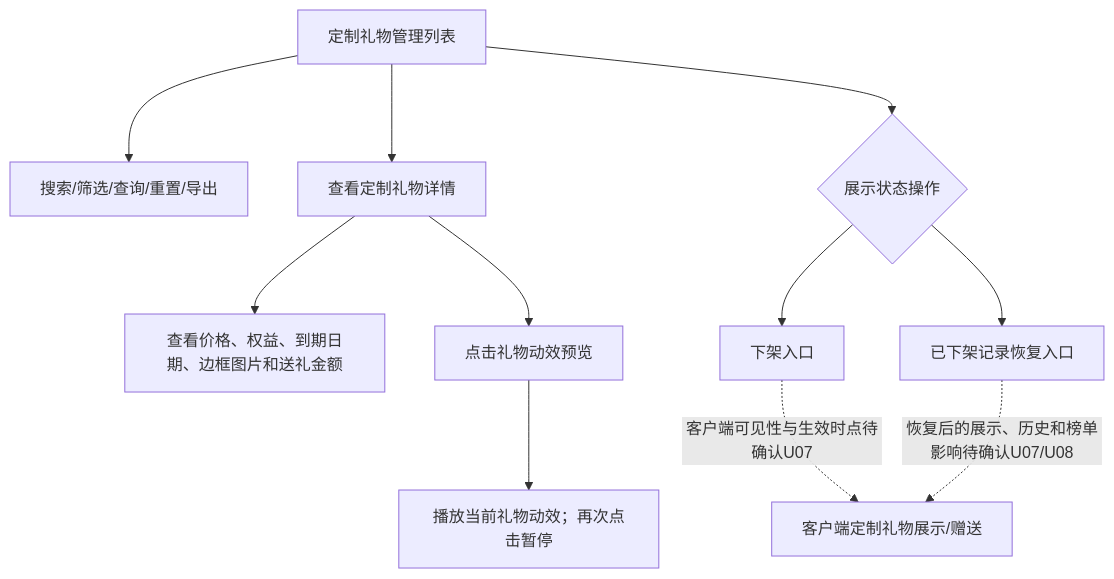
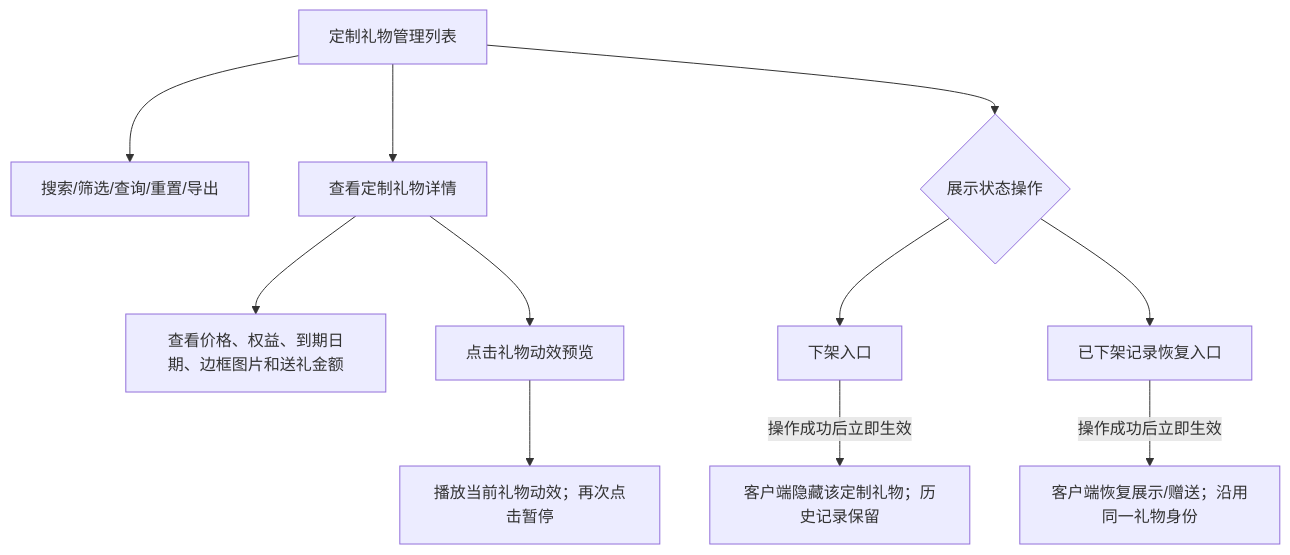
Before and after one commit to kocekid/TOPKHALIJ_2.1.40: the third of 3 diagrams in 定制礼物需求文档.md, drawn with Mermaid. The commit also changed other lines of this file, not shown here.

````diff
--- a/定制礼物需求文档.md
+++ b/定制礼物需求文档.md
@@ -633,13 +639,13 @@
 ```mermaid
 flowchart TD
     A["定制礼物管理列表"] --> B["搜索/筛选/查询/重置/导出"]
     A --> C["查看定制礼物详情"]
     C --> D["查看价格、权益、到期日期、边框图片和送礼金额"]
     C --> I["点击礼物动效预览"]
     I --> J["播放当前礼物动效；再次点击暂停"]
     A --> E{"展示状态操作"}
     E --> F["下架入口"]
     E --> G["已下架记录恢复入口"]
-    F -. "客户端可见性与生效时点待确认U07" .-> H["客户端定制礼物展示/赠送"]
-    G -. "恢复后的展示、历史和榜单影响待确认U07/U08" .-> H
+    F -->|"操作成功后立即生效"| H["客户端隐藏该定制礼物；历史记录保留"]
+    G -->|"操作成功后立即生效"| H2["客户端恢复展示/赠送；沿用同一礼物身份"]
 ```
````
